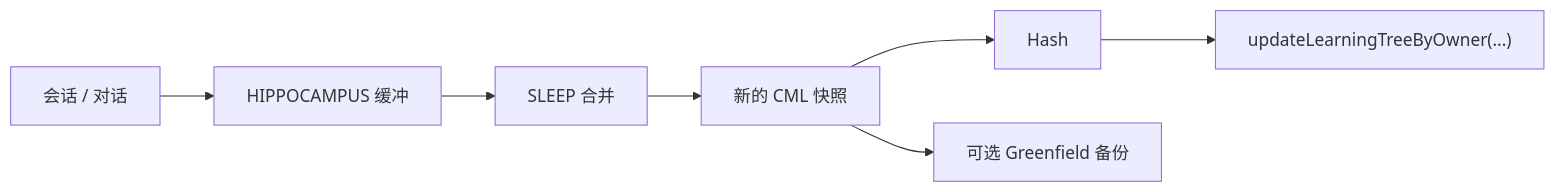
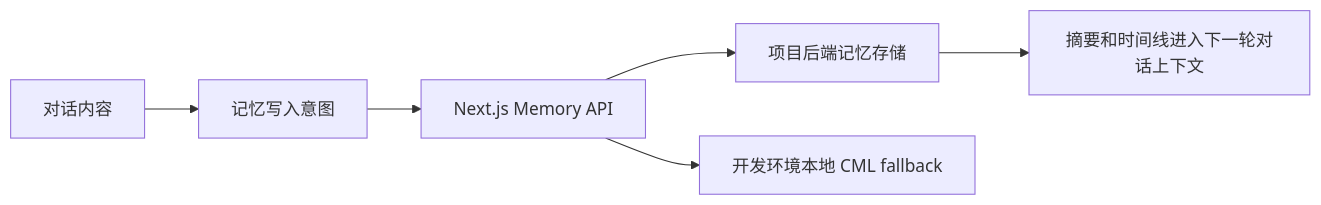
Before and after one commit to fa762/ClaworldNfa: the fifth of 6 diagrams in README.md, drawn with Mermaid. The commit also changed other lines of this file and 11 other files, not shown here.

````diff
--- a/README.md
+++ b/README.md
@@ -448,9 +524,8 @@
 ```mermaid
 flowchart LR
-  A["会话 / 对话"] --> B["HIPPOCAMPUS 缓冲"]
-  B --> C["SLEEP 合并"]
-  C --> D["新的 CML 快照"]
-  D --> E["Hash"]
-  E --> F["updateLearningTreeByOwner(...)"]
-  D --> G["可选 Greenfield 备份"]
+  A["对话内容"] --> B["记忆写入意图"]
+  B --> C["Next.js Memory API"]
+  C --> D["项目后端记忆存储"]
+  C --> E["开发环境本地 CML fallback"]
+  D --> F["摘要和时间线进入下一轮对话上下文"]
 ```
````
